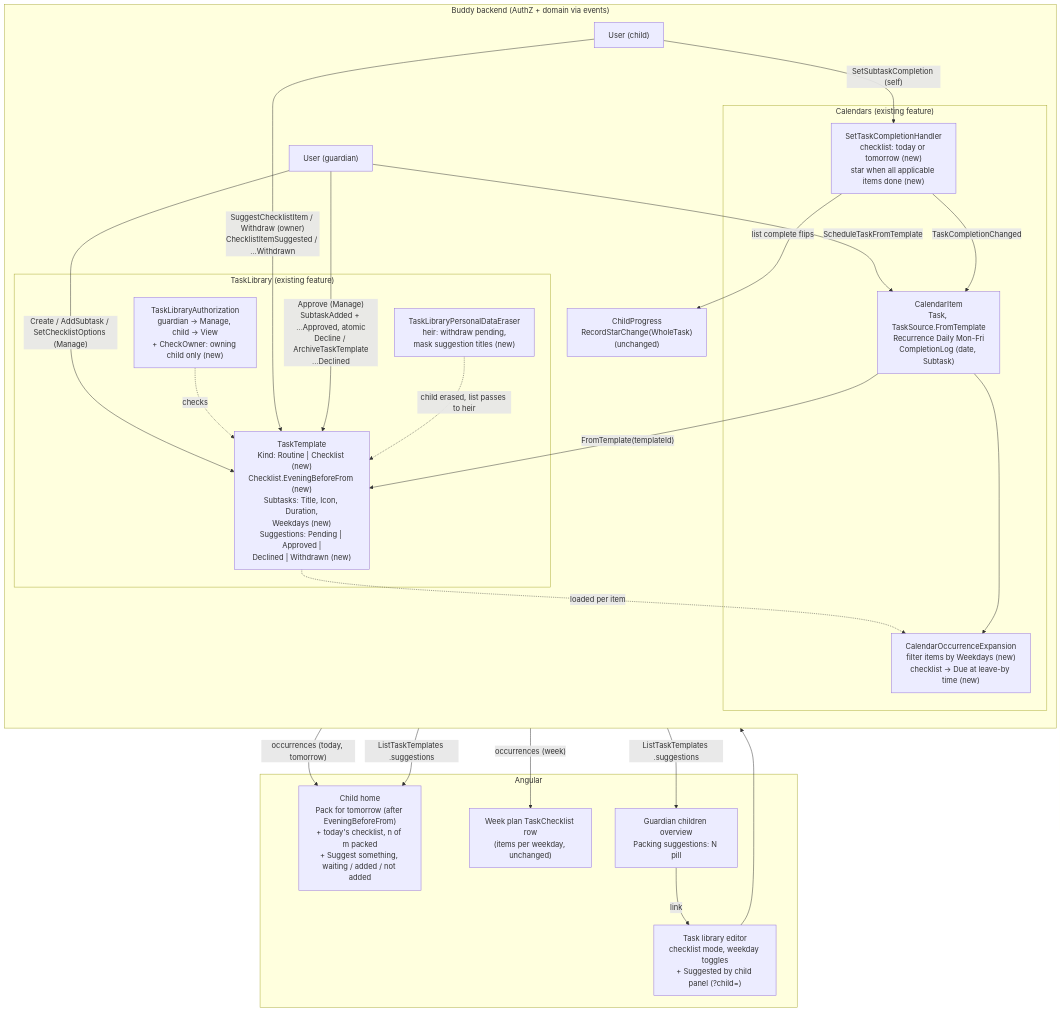
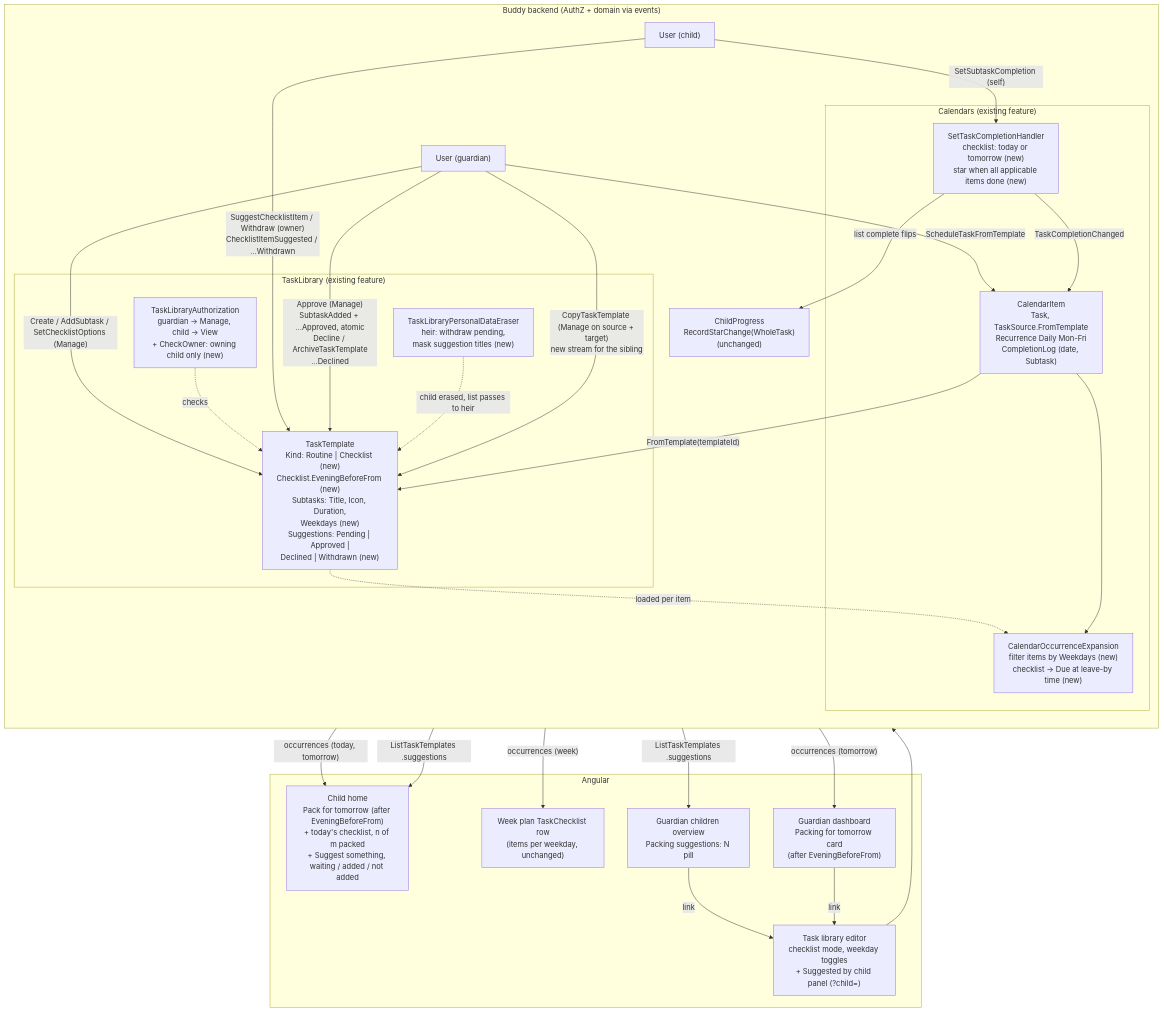
Before and after one commit to kimipsen/buddy: the second of 2 diagrams in docs/backend/analysis/packing-checklists.md, drawn with Mermaid. The commit also changed other lines of this file and 160 other files, not shown here.

````diff
--- a/docs/backend/analysis/packing-checklists.md
+++ b/docs/backend/analysis/packing-checklists.md
@@ -1006,47 +1154,51 @@
 ```mermaid
 flowchart TB
     subgraph App["Buddy backend (AuthZ + domain via events)"]
         direction TB
 
         subgraph Library["TaskLibrary (existing feature)"]
             Template["TaskTemplate\nKind: Routine | Checklist (new)\nChecklist.EveningBeforeFrom (new)\nSubtasks: Title, Icon, Duration,\nWeekdays (new)\nSuggestions: Pending | Approved |\nDeclined | Withdrawn (new)"]
             LibAuth["TaskLibraryAuthorization\nguardian -> Manage, child -> View\n+ CheckOwner: owning child only (new)"]
             Eraser["TaskLibraryPersonalDataEraser\nheir: withdraw pending,\nmask suggestion titles (new)"]
         end
 
         subgraph Calendars["Calendars (existing feature)"]
             Item["CalendarItem\nTask, TaskSource.FromTemplate\nRecurrence Daily Mon-Fri\nCompletionLog (date, Subtask)"]
             Expansion["CalendarOccurrenceExpansion\nfilter items by Weekdays (new)\nchecklist -> Due at leave-by time (new)"]
             Completion["SetTaskCompletionHandler\nchecklist: today or tomorrow (new)\nstar when all applicable items done (new)"]
         end
 
         Progress["ChildProgress\nRecordStarChange(WholeTask)\n(unchanged)"]
 
         Guardian["User (guardian)"] -- "Create / AddSubtask / SetChecklistOptions (Manage)" --> Template
         LibAuth -. "checks" .-> Template
         Guardian -- "ScheduleTaskFromTemplate" --> Item
         Item -- "FromTemplate(templateId)" --> Template
         Template -. "loaded per item" .-> Expansion
         Item --> Expansion
         Child["User (child)"] -- "SetSubtaskCompletion (self)" --> Completion
         Completion -- "TaskCompletionChanged" --> Item
         Completion -- "list complete flips" --> Progress
         Child -- "SuggestChecklistItem / Withdraw (owner)\nChecklistItemSuggested / ...Withdrawn" --> Template
         Guardian -- "Approve (Manage)\nSubtaskAdded + ...Approved, atomic\nDecline / ArchiveTaskTemplate\n...Declined" --> Template
         Eraser -. "child erased, list passes to heir" .-> Template
+        Guardian -- "CopyTaskTemplate (Manage on source + target)\nnew stream for the sibling" --> Template
     end
 
     subgraph Frontend["Angular"]
         Home["Child home\nPack for tomorrow (after EveningBeforeFrom)\n+ today's checklist, n of m packed\n+ Suggest something, waiting / added / not added"]
         Print["Week plan TaskChecklist row\n(items per weekday, unchanged)"]
         Editor["Task library editor\nchecklist mode, weekday toggles\n+ Suggested by child panel (?child=)"]
         Overview["Guardian children overview\nPacking suggestions: N pill"]
+        Evening["Guardian dashboard\nPacking for tomorrow card\n(after EveningBeforeFrom)"]
     end
 
     Expansion -- "occurrences (today, tomorrow)" --> Home
     Expansion -- "occurrences (week)" --> Print
     Template -- "ListTaskTemplates .suggestions" --> Home
     Template -- "ListTaskTemplates .suggestions" --> Overview
     Overview -- "link" --> Editor
+    Expansion -- "occurrences (tomorrow)" --> Evening
+    Evening -- "link" --> Editor
     Editor --> Guardian
 ```
````
